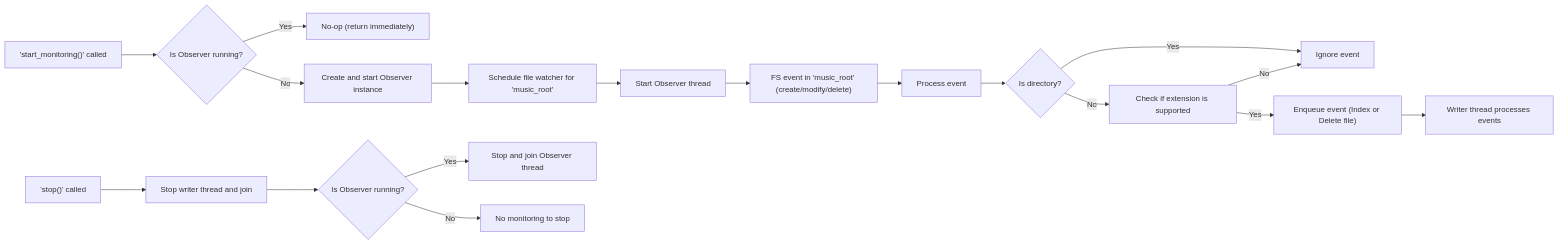
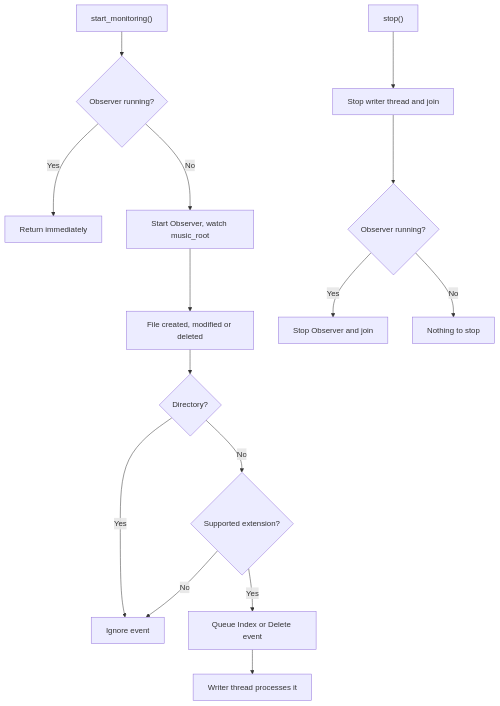
The second of 3 diagrams in docs/development/music-collection/loading.md (mark-me/mixtape-society), drawn with Mermaid before and after one commit. The commit also changed other lines of this file and 19 other files, not shown here.

First line of the commit message:
Simplify unreadable diagrams and correct small errors in the docs

````diff
--- a/docs/development/music-collection/loading.md
+++ b/docs/development/music-collection/loading.md
@@ -39,27 +37,21 @@
 ```mermaid
-flowchart LR
-    A["'start_monitoring()' called"] --> B{"Is Observer running?"}
-    B -->|Yes| C["No-op (return immediately)"]
-    B -->|No| D["Create and start Observer instance"]
+flowchart TD
+    A["start_monitoring()"] --> B{"Observer running?"}
+    B -->|Yes| C["Return immediately"]
+    B -->|No| D["Start Observer, watch music_root"]
 
-    D --> E["Schedule file watcher for 'music_root'"]
-    E --> F["Start Observer thread"]
-
-    F --> G["FS event in 'music_root' (create/modify/delete)"]
-    G --> H["Process event"]
-
-    H --> I{"Is directory?"}
+    D --> G["File created, modified or deleted"]
+    G --> I{"Directory?"}
     I -->|Yes| J["Ignore event"]
-    I -->|No| K["Check if extension is supported"]
+    I -->|No| K{"Supported extension?"}
 
     K -->|No| J
-    K -->|Yes| L["Enqueue event (Index or Delete file)"]
-
-    L --> M["Writer thread processes events"]
+    K -->|Yes| L["Queue Index or Delete event"]
+    L --> M["Writer thread processes it"]
 
     %% Shutdown flow
-    N["'stop()' called"] --> O["Stop writer thread and join"]
-    O --> P{"Is Observer running?"}
-    P -->|Yes| Q["Stop and join Observer thread"]
-    P -->|No| R["No monitoring to stop"]
+    N["stop()"] --> O["Stop writer thread and join"]
+    O --> P{"Observer running?"}
+    P -->|Yes| Q["Stop Observer and join"]
+    P -->|No| R["Nothing to stop"]
 ```
````
